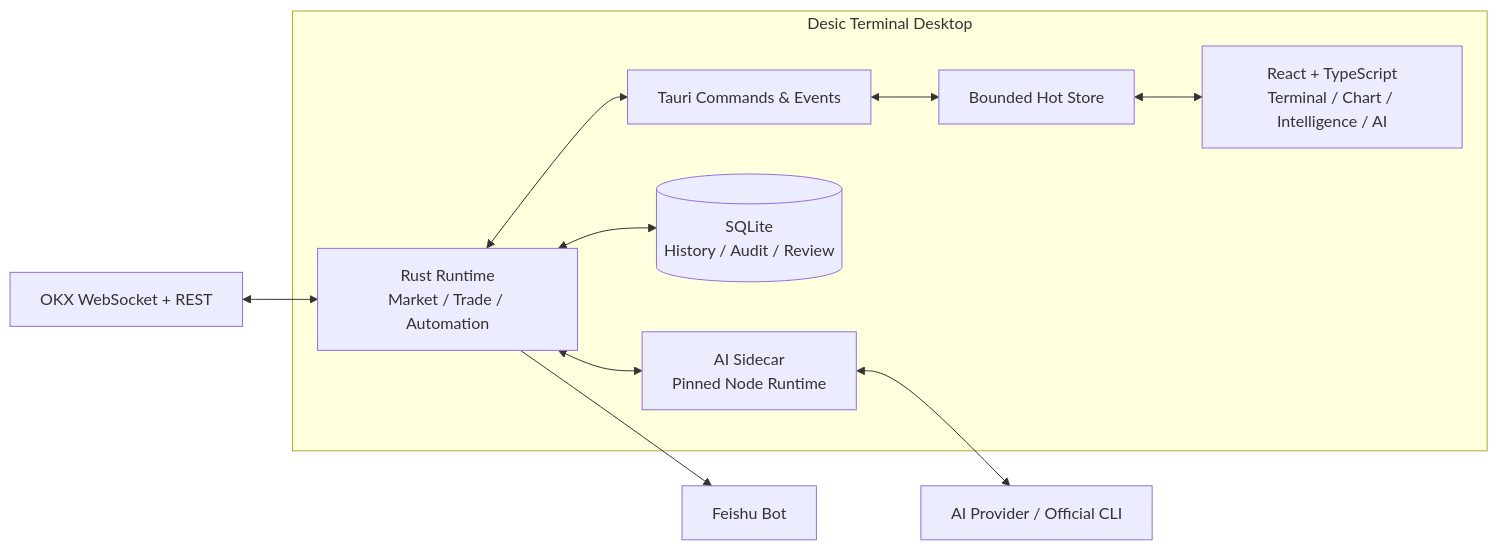
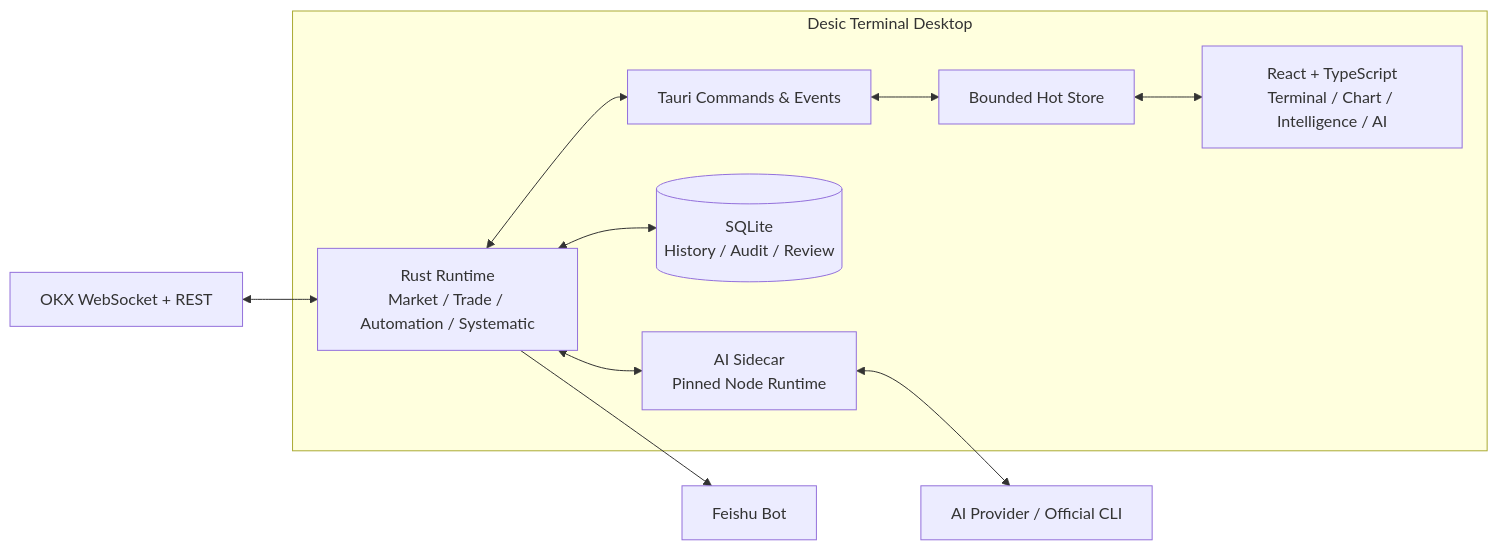
Before and after one commit to xiazhi88/Desic-Terminal: the second of 2 diagrams in README.md, drawn with Mermaid. The commit also changed other lines of this file and 15 other files, not shown here.

````diff
--- a/README.md
+++ b/README.md
@@ -207,21 +126,21 @@
 ```mermaid
 flowchart LR
   subgraph Desktop[Desic Terminal Desktop]
     UI[React + TypeScript\nTerminal / Chart / Intelligence / AI]
     HOT[Bounded Hot Store]
     IPC[Tauri Commands & Events]
-    CORE[Rust Runtime\nMarket / Trade / Automation]
+    CORE[Rust Runtime\nMarket / Trade / Automation / Systematic]
     DB[(SQLite\nHistory / Audit / Review)]
     SIDECAR[AI Sidecar\nPinned Node Runtime]
   end
 
   OKX[OKX WebSocket + REST]
   MODEL[AI Provider / Official CLI]
   FEISHU[Feishu Bot]
 
   OKX <--> CORE
   CORE <--> DB
   CORE <--> SIDECAR <--> MODEL
   CORE --> FEISHU
   CORE <--> IPC <--> HOT <--> UI
 ```
````
